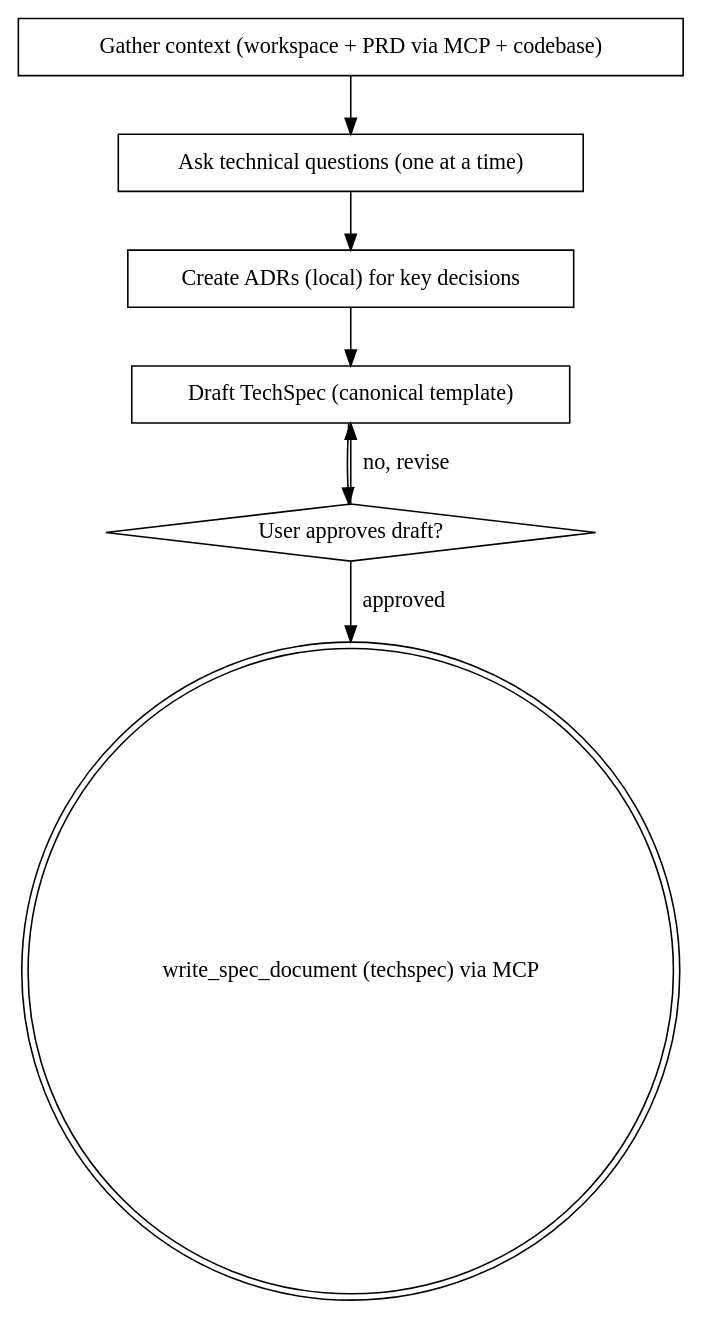
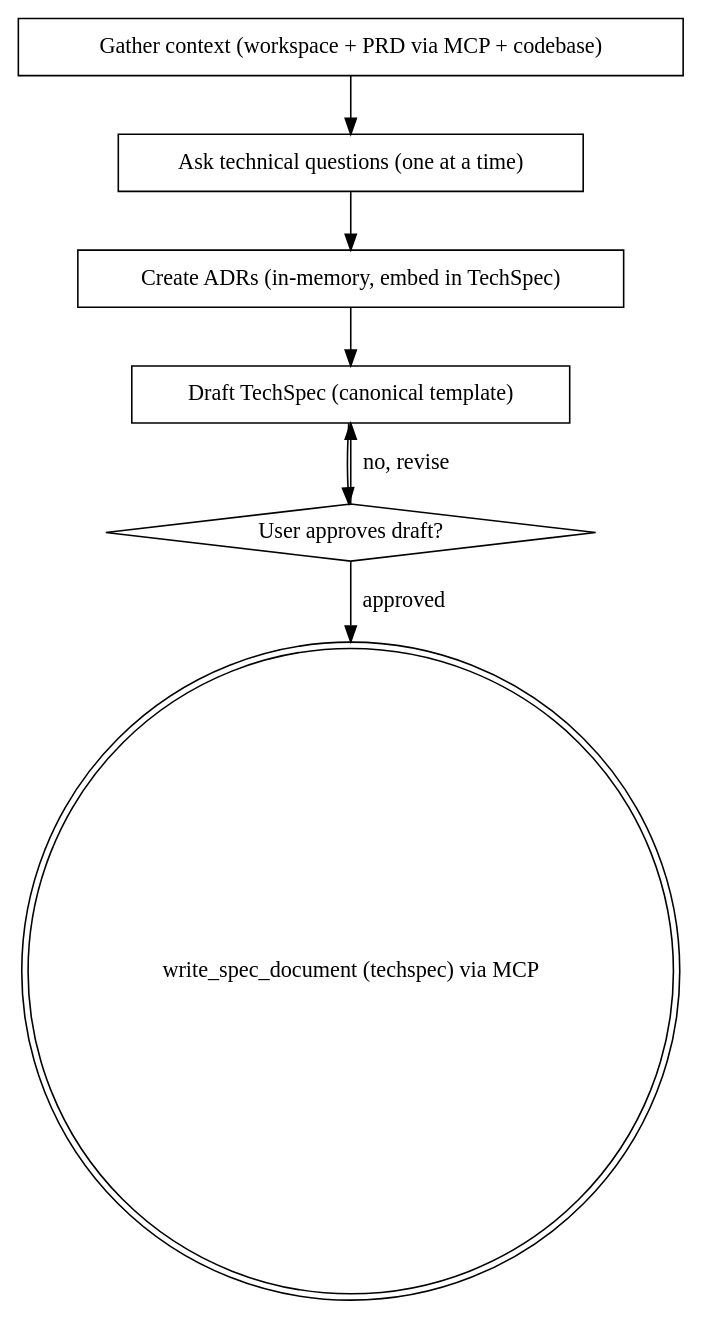
One commit to JoaoCarlosPereira/mem0-shared changed the diagram in skills/cy-create-techspec/SKILL.md. Above: the diagram before and after it, drawn with Graphviz. The commit also changed other lines of this file and 6 other files, not shown here.

First line of the commit message:
fix(skills): embutir ADRs no TechSpec/PRD remoto em vez de adrs/*.md locais

````diff
--- a/skills/cy-create-techspec/SKILL.md
+++ b/skills/cy-create-techspec/SKILL.md
@@ -114,17 +114,17 @@
 ```dot
 digraph create_techspec {
     "Gather context (workspace + PRD via MCP + codebase)" [shape=box];
     "Ask technical questions (one at a time)" [shape=box];
-    "Create ADRs (local) for key decisions" [shape=box];
+    "Create ADRs (in-memory, embed in TechSpec)" [shape=box];
     "Draft TechSpec (canonical template)" [shape=box];
     "User approves draft?" [shape=diamond];
     "write_spec_document (techspec) via MCP" [shape=doublecircle];
 
     "Gather context (workspace + PRD via MCP + codebase)" -> "Ask technical questions (one at a time)";
-    "Ask technical questions (one at a time)" -> "Create ADRs (local) for key decisions";
-    "Create ADRs (local) for key decisions" -> "Draft TechSpec (canonical template)";
+    "Ask technical questions (one at a time)" -> "Create ADRs (in-memory, embed in TechSpec)";
+    "Create ADRs (in-memory, embed in TechSpec)" -> "Draft TechSpec (canonical template)";
     "Draft TechSpec (canonical template)" -> "User approves draft?";
     "User approves draft?" -> "Draft TechSpec (canonical template)" [label="no, revise"];
     "User approves draft?" -> "write_spec_document (techspec) via MCP" [label="approved"];
 }
 ```
````
